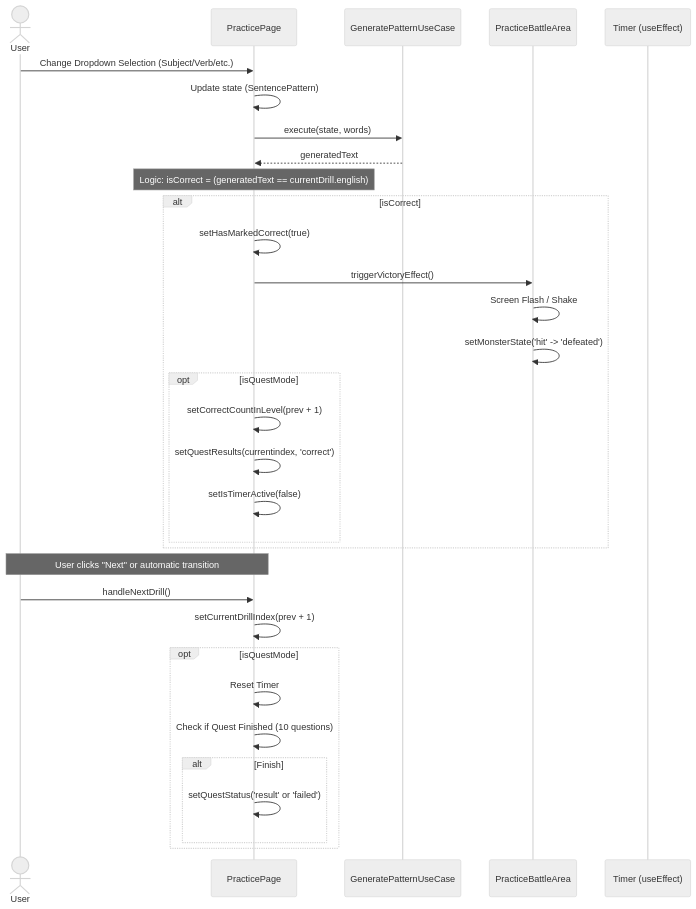
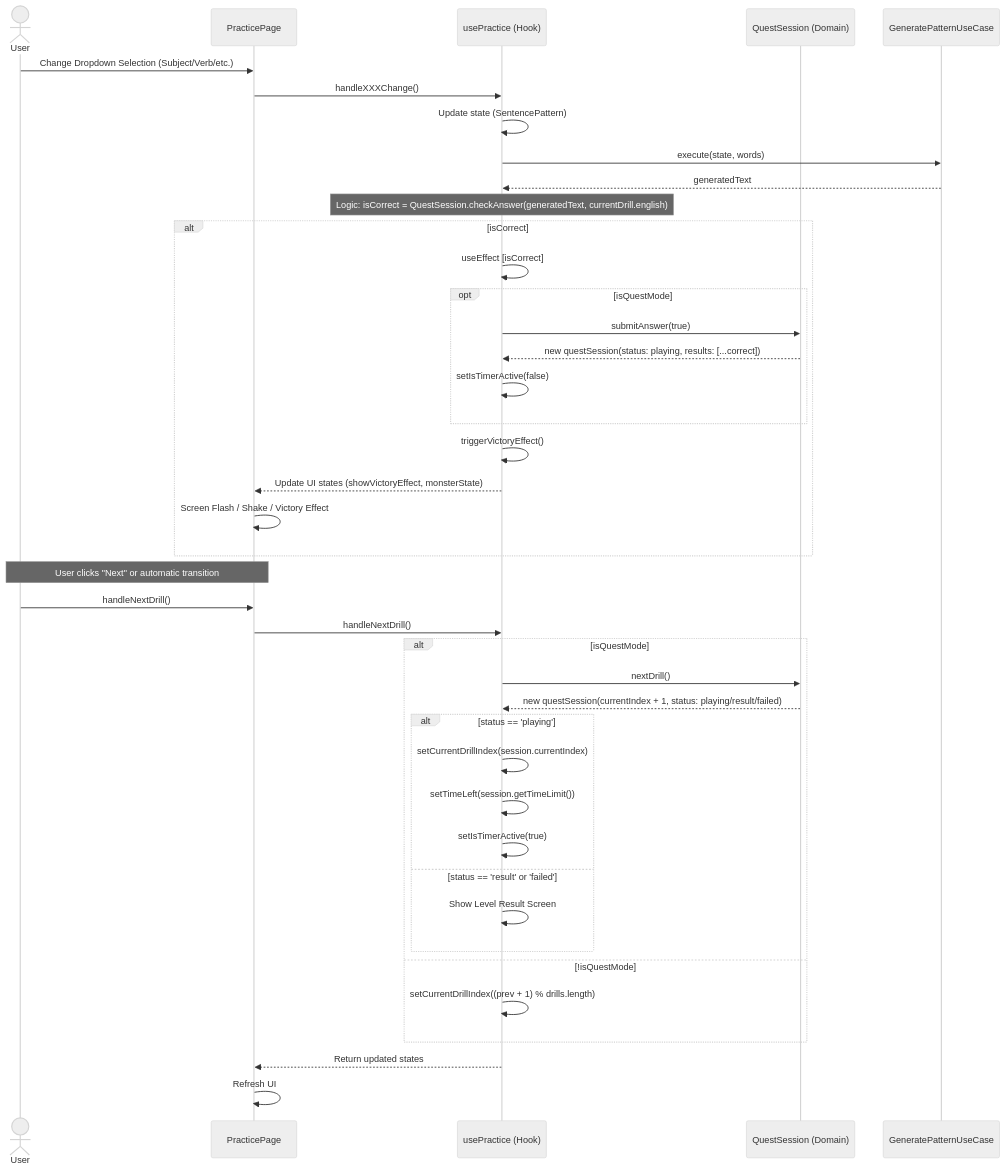
The diagram in docs/sequence-diagrams/practices/answerVerification.md (kayamak/grid9-english), drawn with Mermaid (neutral theme) before and after one commit. The commit also changed 3 other files, not shown here.

Commit message:
シーケンス図反映

````diff
--- a/docs/sequence-diagrams/practices/answerVerification.md
+++ b/docs/sequence-diagrams/practices/answerVerification.md
@@ -3,42 +3,54 @@
 ```mermaid
 sequenceDiagram
     actor User
     participant Page as PracticePage
+    participant Hook as usePractice (Hook)
+    participant Session as QuestSession (Domain)
     participant UC as GeneratePatternUseCase
-    participant Battle as PracticeBattleArea
-    participant Timer as Timer (useEffect)
 
     User->>Page: Change Dropdown Selection (Subject/Verb/etc.)
-    Page->>Page: Update state (SentencePattern)
+    Page->>Hook: handleXXXChange()
+    Hook->>Hook: Update state (SentencePattern)
     
-    Page->>UC: execute(state, words)
-    UC-->>Page: generatedText
+    Hook->>UC: execute(state, words)
+    UC-->>Hook: generatedText
 
-    Note over Page: Logic: isCorrect = (generatedText == currentDrill.english)
+    Note over Hook: Logic: isCorrect = QuestSession.checkAnswer(generatedText, currentDrill.english)
 
     alt isCorrect
-        Page->>Page: setHasMarkedCorrect(true)
-        Page->>Battle: triggerVictoryEffect()
-        Battle->>Battle: Screen Flash / Shake
-        Battle->>Battle: setMonsterState('hit' -> 'defeated')
+        Hook->>Hook: useEffect [isCorrect]
         
         opt isQuestMode
-            Page->>Page: setCorrectCountInLevel(prev + 1)
-            Page->>Page: setQuestResults(currentindex, 'correct')
-            Page->>Page: setIsTimerActive(false)
+            Hook->>Session: submitAnswer(true)
+            Session-->>Hook: new questSession(status: playing, results: [...correct])
+            Hook->>Hook: setIsTimerActive(false)
         end
+
+        Hook->>Hook: triggerVictoryEffect()
+        Hook-->>Page: Update UI states (showVictoryEffect, monsterState)
+        Page->>Page: Screen Flash / Shake / Victory Effect
     end
 
     Note over User, Page: User clicks "Next" or automatic transition
 
     User->>Page: handleNextDrill()
-    Page->>Page: setCurrentDrillIndex(prev + 1)
+    Page->>Hook: handleNextDrill()
     
-    opt isQuestMode
-        Page->>Page: Reset Timer
-        Page->>Page: Check if Quest Finished (10 questions)
-        alt Finish
-            Page->>Page: setQuestStatus('result' or 'failed')
+    alt isQuestMode
+        Hook->>Session: nextDrill()
+        Session-->>Hook: new questSession(currentIndex + 1, status: playing/result/failed)
+        
+        alt status == 'playing'
+            Hook->>Hook: setCurrentDrillIndex(session.currentIndex)
+            Hook->>Hook: setTimeLeft(session.getTimeLimit())
+            Hook->>Hook: setIsTimerActive(true)
+        else status == 'result' or 'failed'
+            Hook->>Hook: Show Level Result Screen
         end
+    else !isQuestMode
+        Hook->>Hook: setCurrentDrillIndex((prev + 1) % drills.length)
     end
+
+    Hook-->>Page: Return updated states
+    Page->>Page: Refresh UI
 ```
````
